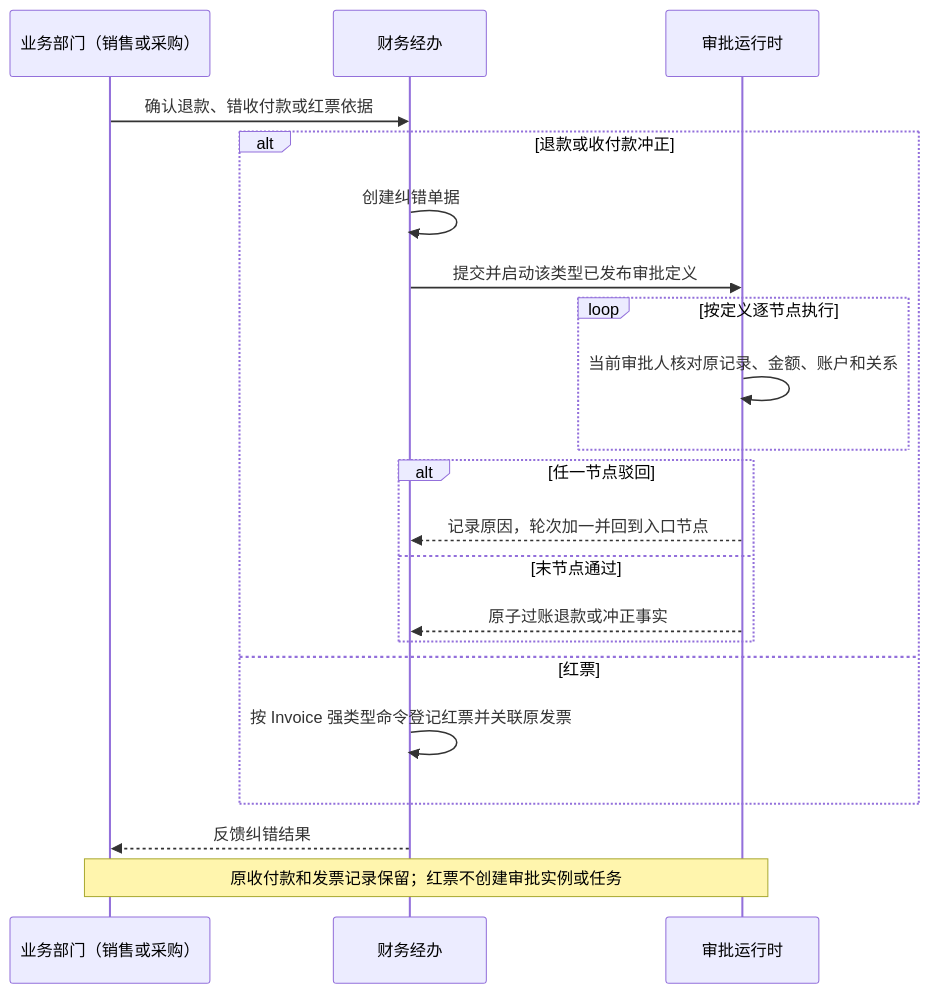
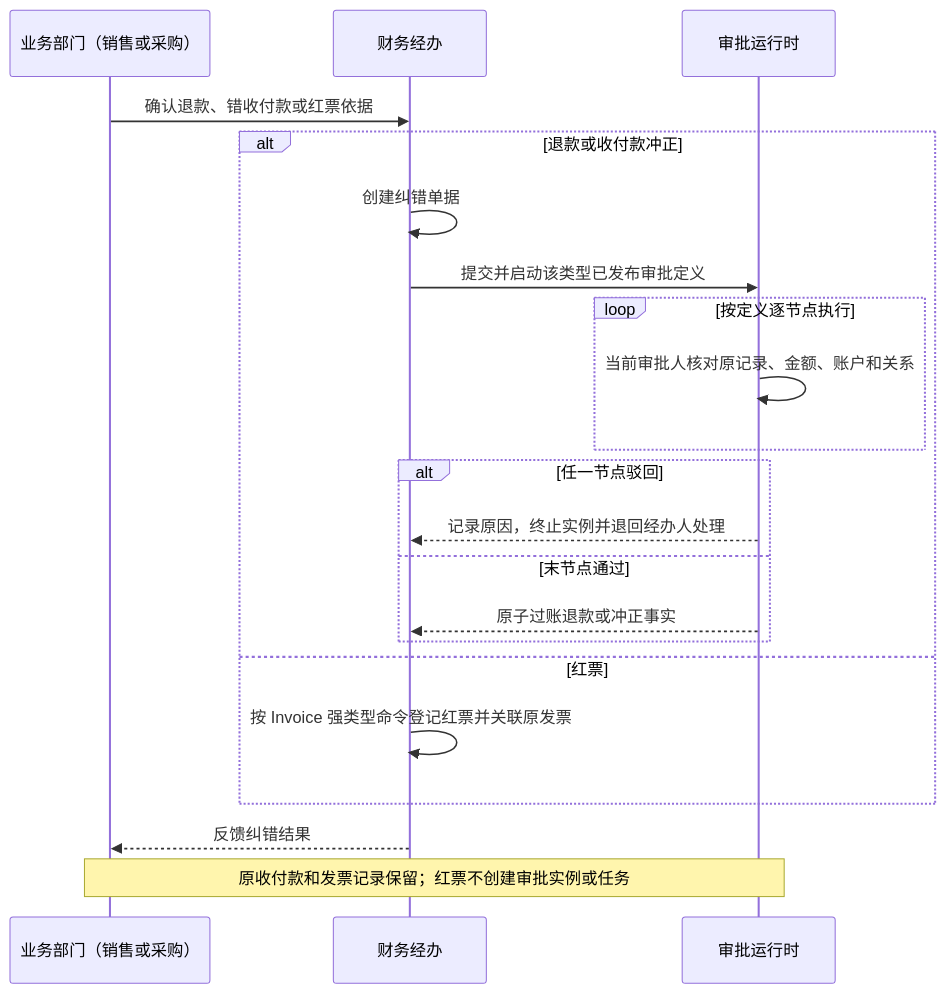
The fifth of 11 diagrams in docs/erp-phase-1.md (mztlive/erp), drawn with Mermaid before and after one commit. The commit also changed other lines of this file and 329 other files, not shown here.

````diff
--- a/docs/erp-phase-1.md
+++ b/docs/erp-phase-1.md
@@ -706,24 +706,24 @@
 ```mermaid
 sequenceDiagram
   participant 业务部门 as 业务部门（销售或采购）
   participant 财务经办
   participant 审批运行时
 
   业务部门->>财务经办: 确认退款、错收付款或红票依据
   alt 退款或收付款冲正
     财务经办->>财务经办: 创建纠错单据
     财务经办->>审批运行时: 提交并启动该类型已发布审批定义
     loop 按定义逐节点执行
       审批运行时->>审批运行时: 当前审批人核对原记录、金额、账户和关系
     end
     alt 任一节点驳回
-      审批运行时-->>财务经办: 记录原因，轮次加一并回到入口节点
+      审批运行时-->>财务经办: 记录原因，终止实例并退回经办人处理
     else 末节点通过
       审批运行时-->>财务经办: 原子过账退款或冲正事实
     end
   else 红票
     财务经办->>财务经办: 按 Invoice 强类型命令登记红票并关联原发票
   end
   财务经办-->>业务部门: 反馈纠错结果
   Note over 业务部门,审批运行时: 原收付款和发票记录保留；红票不创建审批实例或任务
 ```
````
